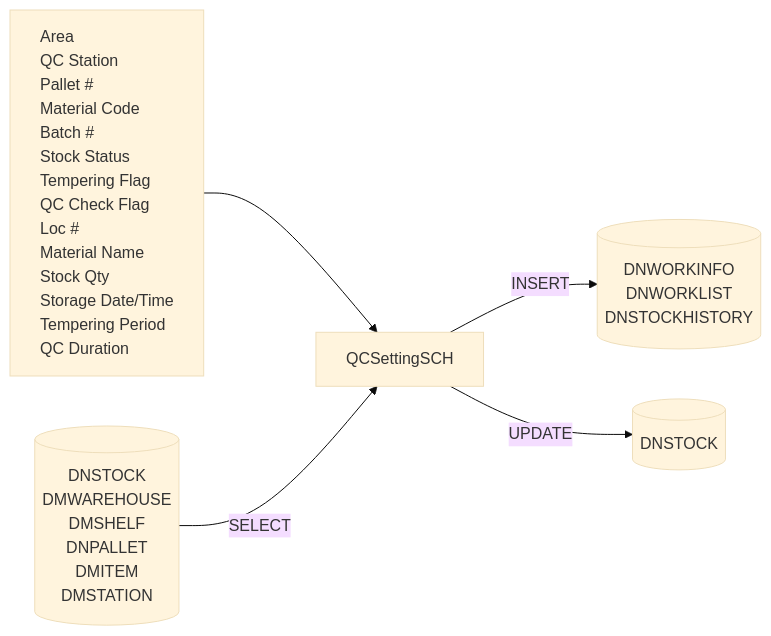
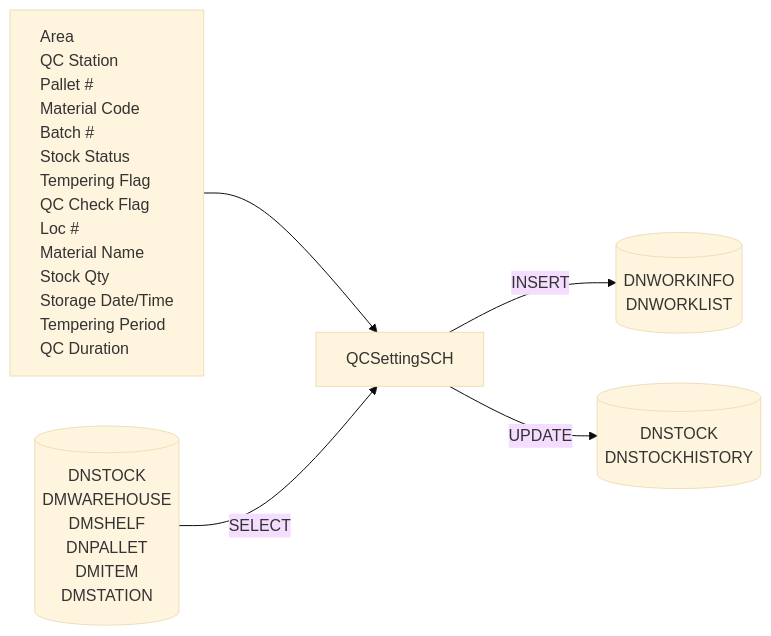
Before and after one commit to luthfiadityaa/SimeDarby-Wiki: the fourth of 18 diagrams in Basic-Design/DFD-WMS/Retrieval/QC-Setting/Retrieval-for-QC-Start.md, drawn with Mermaid (base theme).

Commit message:
Updated Retrieval for QC Start

```diff
--- a/Basic-Design/DFD-WMS/Retrieval/QC-Setting/Retrieval-for-QC-Start.md
+++ b/Basic-Design/DFD-WMS/Retrieval/QC-Setting/Retrieval-for-QC-Start.md
@@ -120,47 +120,47 @@
 ::: mermaid
 flowchart LR
     input[
         Area
         QC Station
         Pallet #
         Material Code
         Batch #
         Stock Status
         Tempering Flag
         QC Check Flag
         Loc #
         Material Name
         Stock Qty
         Storage Date/Time
         Tempering Period
         QC Duration
     ]
 
     tableList-insert[("
         DNWORKINFO
         DNWORKLIST
-        DNSTOCKHISTORY
     ")]
 
      tableList-update[("
-        DNSTOCK
+        DNSTOCK        
+        DNSTOCKHISTORY
     ")]
 
      tableList-select[("
         DNSTOCK
         DMWAREHOUSE
         DMSHELF
         DNPALLET
         DMITEM
         DMSTATION
     ")]
 
     className[QCSettingSCH]
 
     input --> className --> |INSERT| tableList-insert
     tableList-select --> |SELECT| className
     className --> |UPDATE| tableList-update
 
     classDef leftAlign text-align:left;
     class input leftAlign;
 :::
```
